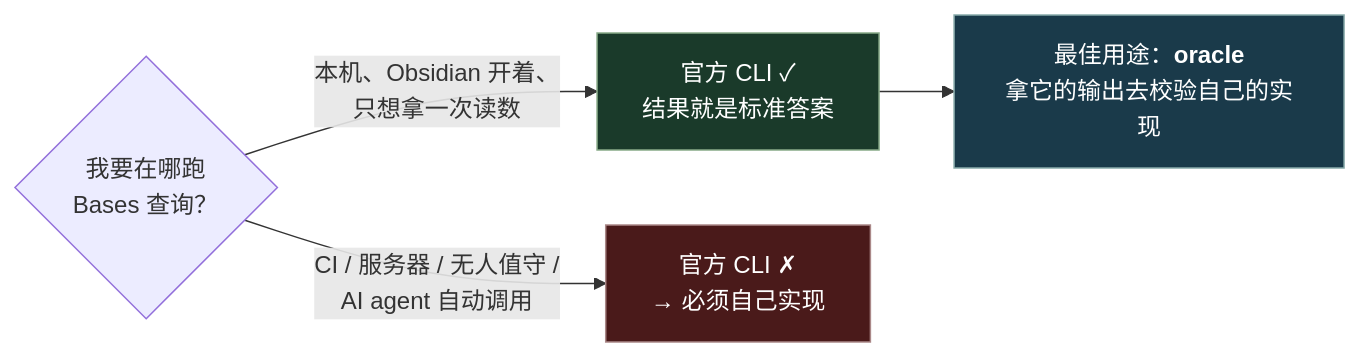
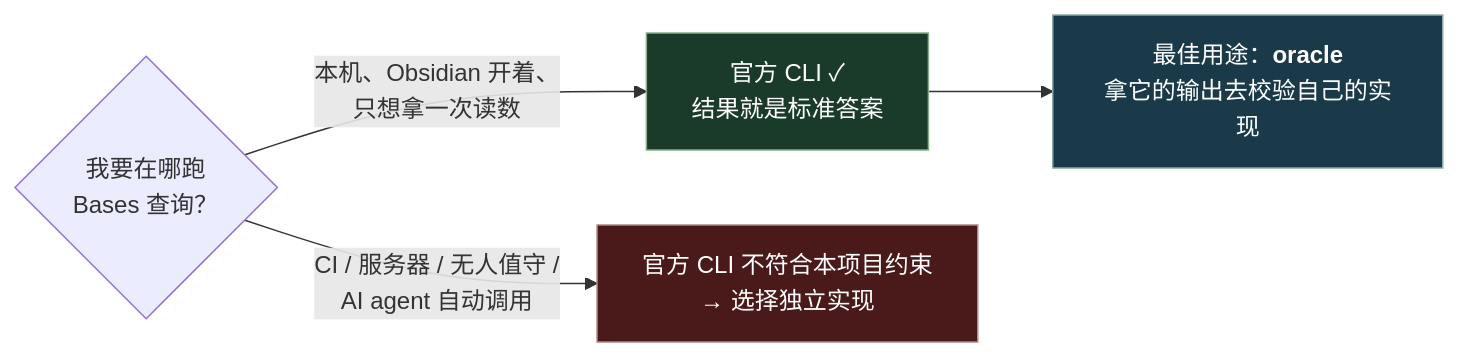
Before and after one commit to xnightsky/x-basalt: the third of 5 diagrams in docs/design/bases-vs-official.md, drawn with Mermaid. The commit also changed other lines of this file and 22 other files, not shown here.

````diff
--- a/docs/design/bases-vs-official.md
+++ b/docs/design/bases-vs-official.md
@@ -192,11 +212,11 @@
 ```mermaid
 flowchart LR
     Q{"我要在哪跑<br/>Bases 查询？"}
     Q -->|"本机、Obsidian 开着、<br/>只想拿一次读数"| O["官方 CLI ✓<br/>结果就是标准答案"]
-    Q -->|"CI / 服务器 / 无人值守 /<br/>AI agent 自动调用"| N["官方 CLI ✗<br/>→ 必须自己实现"]
+    Q -->|"CI / 服务器 / 无人值守 /<br/>AI agent 自动调用"| N["官方 CLI 不符合本项目约束<br/>→ 选择独立实现"]
     O --> ORA["最佳用途：<b>oracle</b><br/>拿它的输出去校验自己的实现"]
 
     style O fill:#1a3a2a,stroke:#8a8,color:#fff
     style N fill:#4a1a1a,stroke:#a88,color:#fff
     style ORA fill:#1a3a4a,stroke:#8aa,color:#fff
 ```
````
